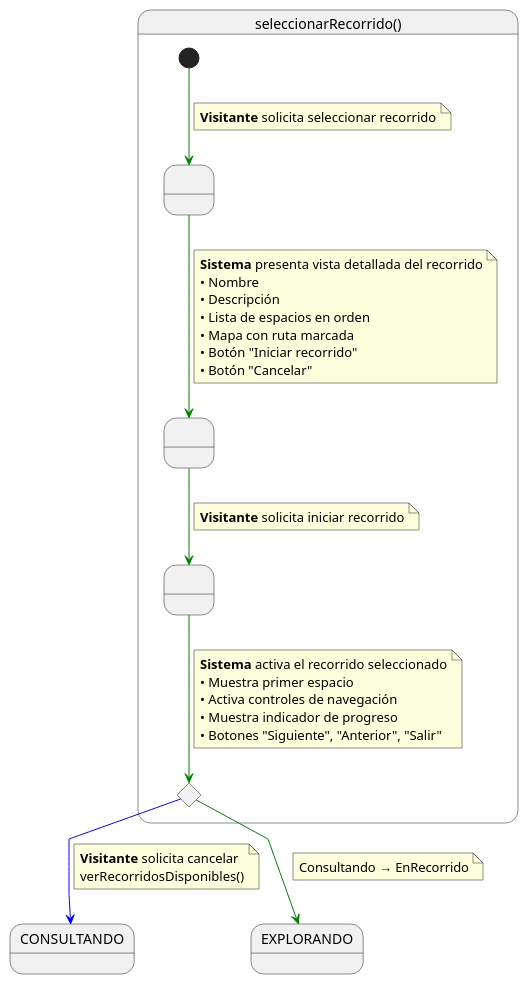
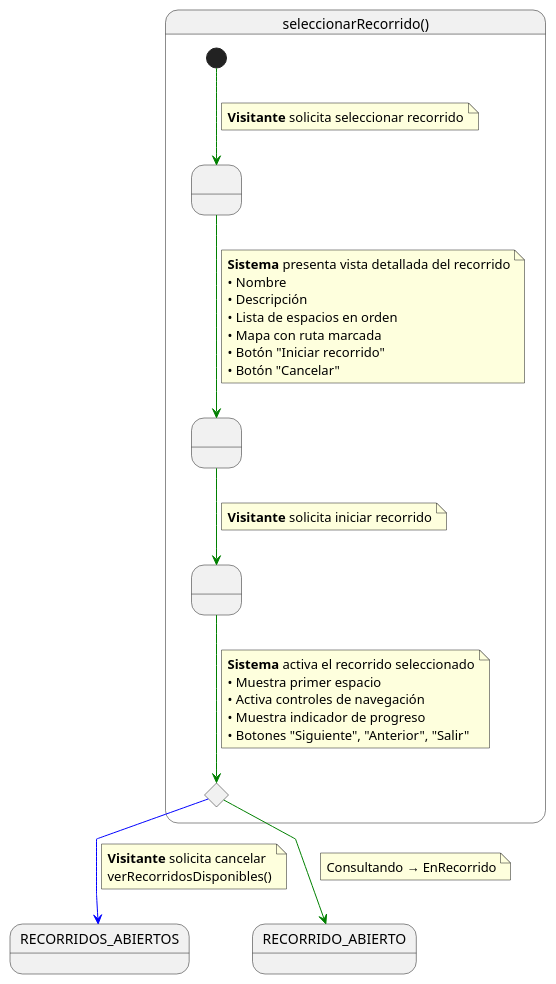
Before and after one commit to Camila-Lesly/25-26-idsw1-sdr: the diagram in documentos/01-casoDeUso/3-DetallarCasosDeUso/1-Visitante/seleccionarRecorrido/seleccionarRecorrido.puml, drawn with PlantUML. The commit also changed 26 other files, not shown here.

Commit message:
docs: Add SVG diagrams for visitor use cases

```diff
--- a/documentos/01-casoDeUso/3-DetallarCasosDeUso/1-Visitante/seleccionarRecorrido/seleccionarRecorrido.puml
+++ b/documentos/01-casoDeUso/3-DetallarCasosDeUso/1-Visitante/seleccionarRecorrido/seleccionarRecorrido.puml
@@ -1,55 +1,53 @@
-@startuml seleccionarRecorrido
-
+@startuml
 skinparam linetype polyline
 
 state seleccionarRecorrido as "seleccionarRecorrido()" {
 
     state " " as ViendoDetalles
     state " " as ConfirmandoInicio
     state " " as IniciandoRecorrido
     state c <<choice>>
 
     [*] -[#green]-> ViendoDetalles 
     note on link
     <b>Visitante</b> solicita seleccionar recorrido
     end note    
     
     ViendoDetalles -[#green]-> ConfirmandoInicio
     note on link
     <b>Sistema</b> presenta vista detallada del recorrido
     • Nombre
     • Descripción
     • Lista de espacios en orden
     • Mapa con ruta marcada
     • Botón "Iniciar recorrido"
     • Botón "Cancelar"
     end note
     
     ConfirmandoInicio -[#green]-> IniciandoRecorrido
     note on link
     <b>Visitante</b> solicita iniciar recorrido
     end note
     
     IniciandoRecorrido -[#green]-> c
     note on link
     <b>Sistema</b> activa el recorrido seleccionado
     • Muestra primer espacio
     • Activa controles de navegación
     • Muestra indicador de progreso
     • Botones "Siguiente", "Anterior", "Salir"
     end note
 
 }
 
-    c -[#blue]-> CONSULTANDO
+    c -[#blue]-> RECORRIDOS_ABIERTOS
     note on link
     <b>Visitante</b> solicita cancelar
     verRecorridosDisponibles()
     end note
     
-    c -[#green]-> EXPLORANDO
+    c -[#green]-> RECORRIDO_ABIERTO
     note on link
     Consultando → EnRecorrido
     end note
-
 @enduml
```
